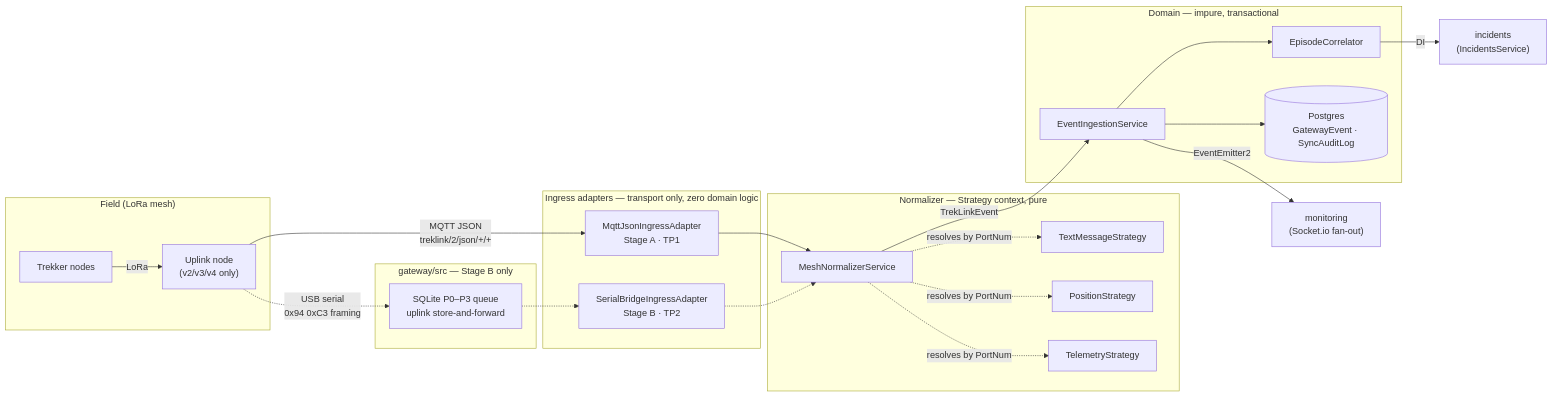
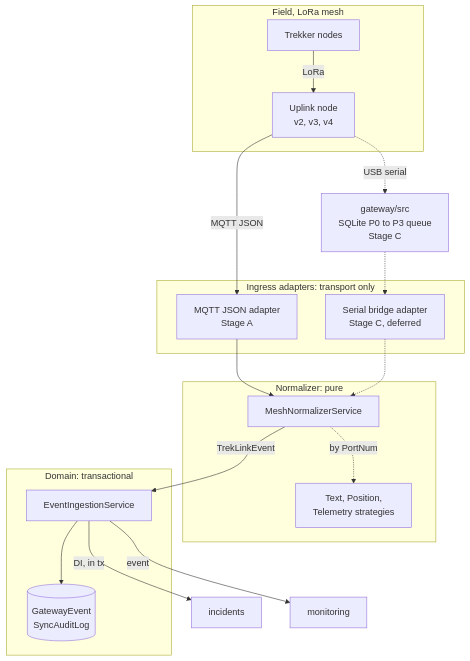
The first of 4 diagrams in specs/gateway-sync/design.md (TrekLink-Team/treklink-web), drawn with Mermaid before and after one commit. The commit also changed other lines of this file and 9 other files, not shown here.

First line of the commit message:
docs(gateway-sync): retag stages, fix the incidents boundary and add api designs

````diff
--- a/specs/gateway-sync/design.md
+++ b/specs/gateway-sync/design.md
@@ -15,41 +17,32 @@
 ```mermaid
-flowchart LR
-    subgraph Field["Field (LoRa mesh)"]
+flowchart TB
+    subgraph Field["Field, LoRa mesh"]
         N1["Trekker nodes"]
-        N2["Uplink node<br/>(v2/v3/v4 only)"]
+        N2["Uplink node<br/>v2, v3, v4"]
         N1 -->|LoRa| N2
     end
-
-    subgraph Ingress["Ingress adapters — transport only, zero domain logic"]
-        A1["MqttJsonIngressAdapter<br/>Stage A · TP1"]
-        A2["SerialBridgeIngressAdapter<br/>Stage B · TP2"]
+    subgraph Ingress["Ingress adapters: transport only"]
+        A1["MQTT JSON adapter<br/>Stage A"]
+        A2["Serial bridge adapter<br/>Stage C, deferred"]
     end
-
-    subgraph Queue["gateway/src — Stage B only"]
-        Q1["SQLite P0–P3 queue<br/>uplink store-and-forward"]
+    Q1["gateway/src<br/>SQLite P0 to P3 queue<br/>Stage C"]
+    subgraph Norm["Normalizer: pure"]
+        S0["MeshNormalizerService"]
+        S1["Text, Position,<br/>Telemetry strategies"]
+        S0 -.->|by PortNum| S1
     end
-
-    subgraph Norm["Normalizer — Strategy context, pure"]
-        S0["MeshNormalizerService"]
-        S1["TextMessageStrategy"]
-        S2["PositionStrategy"]
-        S3["TelemetryStrategy"]
-        S0 -.resolves by PortNum.-> S1 & S2 & S3
+    subgraph Domain["Domain: transactional"]
+        I1["EventIngestionService"]
+        DB[("GatewayEvent<br/>SyncAuditLog")]
     end
-
-    subgraph Domain["Domain — impure, transactional"]
-        I1["EventIngestionService"]
-        I2["EpisodeCorrelator"]
-        DB[("Postgres<br/>GatewayEvent · SyncAuditLog")]
-    end
-
-    N2 -->|"MQTT JSON<br/>treklink/2/json/+/+"| A1
-    N2 -.->|"USB serial<br/>0x94 0xC3 framing"| Q1 -.-> A2
+    INC["incidents"]
+    M["monitoring"]
+    N2 -->|"MQTT JSON"| A1
+    N2 -.->|"USB serial"| Q1 -.-> A2
     A1 --> S0
     A2 -.-> S0
     S0 -->|TrekLinkEvent| I1
-    I1 --> I2
     I1 --> DB
-    I1 -->|EventEmitter2| M["monitoring<br/>(Socket.io fan-out)"]
-    I2 -->|DI| INC["incidents<br/>(IncidentsService)"]
+    I1 -->|"DI, in tx"| INC
+    I1 -->|"event"| M
 ```
````
